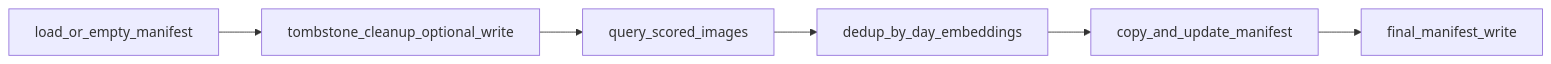
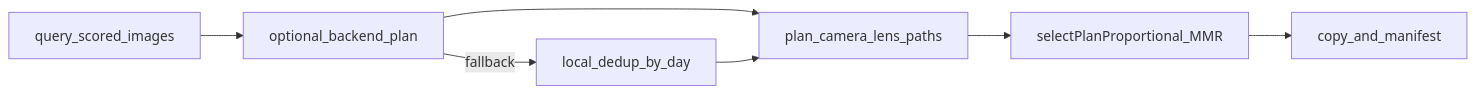
The diagram in docs/architecture/backup-feature.md (synthet/image-scoring-gallery), drawn with Mermaid before and after one commit. The commit also changed other lines of this file and 20 other files, not shown here.

````diff
--- a/docs/architecture/backup-feature.md
+++ b/docs/architecture/backup-feature.md
@@ -11,10 +11,14 @@
 ```mermaid
 flowchart LR
-  loadManifest[load_or_empty_manifest]
-  cleanup[tombstone_cleanup_optional_write]
   query[query_scored_images]
-  dedup[dedup_by_day_embeddings]
-  copy[copy_and_update_manifest]
-  finalWrite[final_manifest_write]
-  loadManifest --> cleanup --> query --> dedup --> copy --> finalWrite
+  backendPlan[optional_backend_plan]
+  dedup[local_dedup_by_day]
+  layout[plan_camera_lens_paths]
+  space[selectPlanProportional_MMR]
+  copy[copy_and_manifest]
+  query --> backendPlan
+  backendPlan -->|fallback| dedup
+  backendPlan --> layout
+  dedup --> layout
+  layout --> space --> copy
 ```
````
